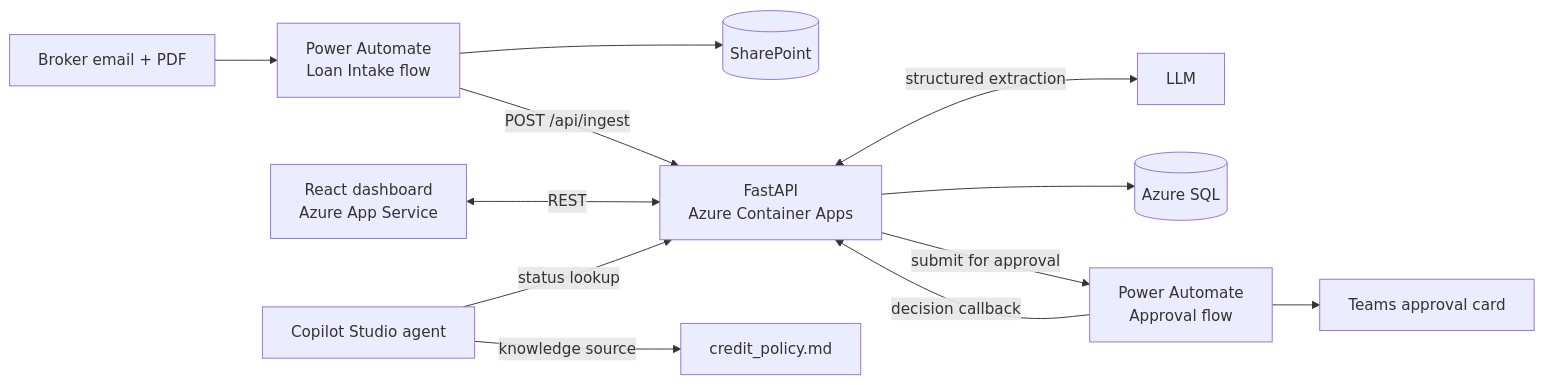
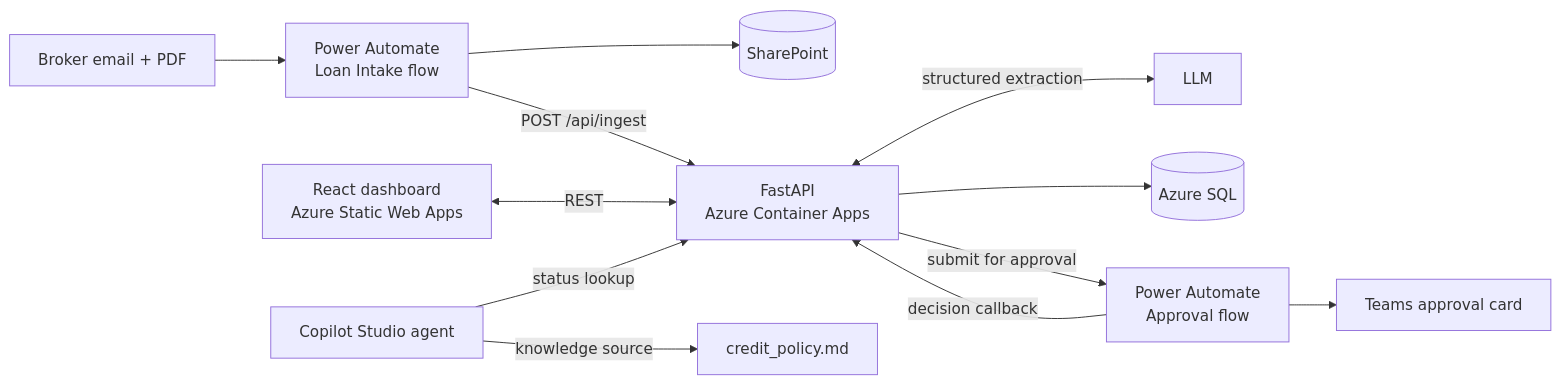
The diagram in README.md (sbbcod/LoanLens), drawn with Mermaid before and after one commit. The commit also changed other lines of this file and 3 other files, not shown here.

````diff
--- a/README.md
+++ b/README.md
@@ -32,14 +32,14 @@
 ```mermaid
 flowchart LR
     broker[Broker email + PDF] --> flow1[Power Automate<br/>Loan Intake flow]
     flow1 --> sp[(SharePoint)]
     flow1 -->|POST /api/ingest| api[FastAPI<br/>Azure Container Apps]
     api <-->|structured extraction| llm[LLM]
     api --> db[(Azure SQL)]
-    ui[React dashboard<br/>Azure App Service] <-->|REST| api
+    ui[React dashboard<br/>Azure Static Web Apps] <-->|REST| api
     api -->|submit for approval| flow2[Power Automate<br/>Approval flow]
     flow2 --> teams[Teams approval card]
     flow2 -->|decision callback| api
     agent[Copilot Studio agent] -->|knowledge source| policy[credit_policy.md]
     agent -->|status lookup| api
 ```
````
